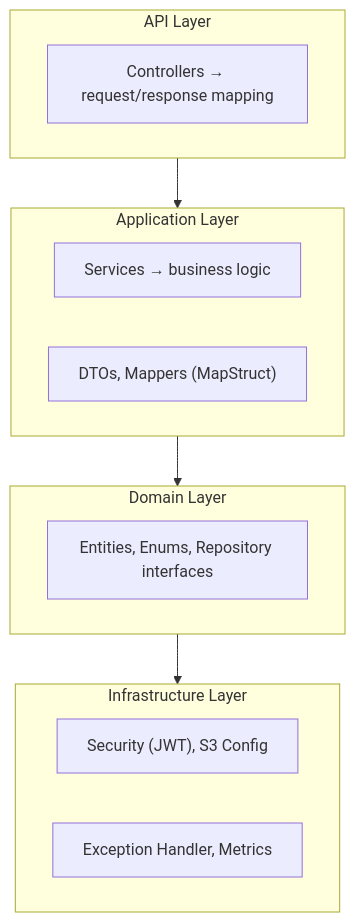
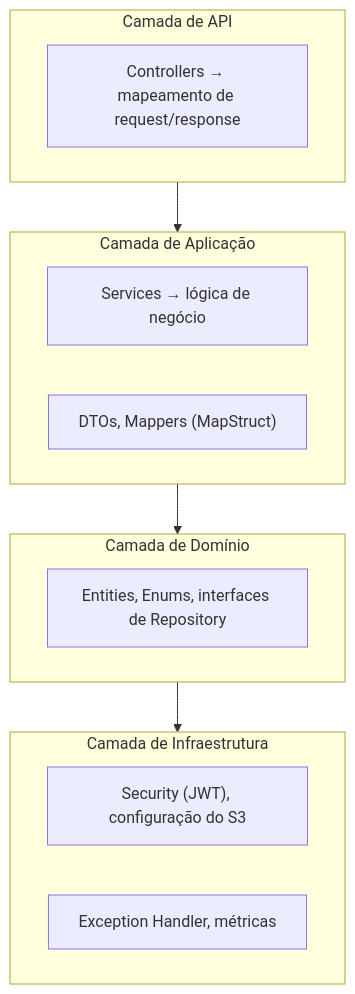
The first of 4 diagrams in README.md (alexanderbs3/neighborshare), drawn with Mermaid before and after one commit. The commit also changed other lines of this file, not shown here.

````diff
--- a/README.md
+++ b/README.md
@@ -61,19 +61,19 @@
 ```mermaid
 flowchart TD
-    subgraph API["API Layer"]
-        A1["Controllers → request/response mapping"]
+    subgraph API["Camada de API"]
+        A1["Controllers → mapeamento de request/response"]
     end
-    subgraph APP["Application Layer"]
-        A2["Services → business logic"]
+    subgraph APP["Camada de Aplicação"]
+        A2["Services → lógica de negócio"]
         A3["DTOs, Mappers (MapStruct)"]
     end
-    subgraph DOM["Domain Layer"]
-        A4["Entities, Enums, Repository interfaces"]
+    subgraph DOM["Camada de Domínio"]
+        A4["Entities, Enums, interfaces de Repository"]
     end
-    subgraph INFRA["Infrastructure Layer"]
-        A5["Security (JWT), S3 Config"]
-        A6["Exception Handler, Metrics"]
+    subgraph INFRA["Camada de Infraestrutura"]
+        A5["Security (JWT), configuração do S3"]
+        A6["Exception Handler, métricas"]
     end
 
     API --> APP --> DOM --> INFRA
 ```
````
